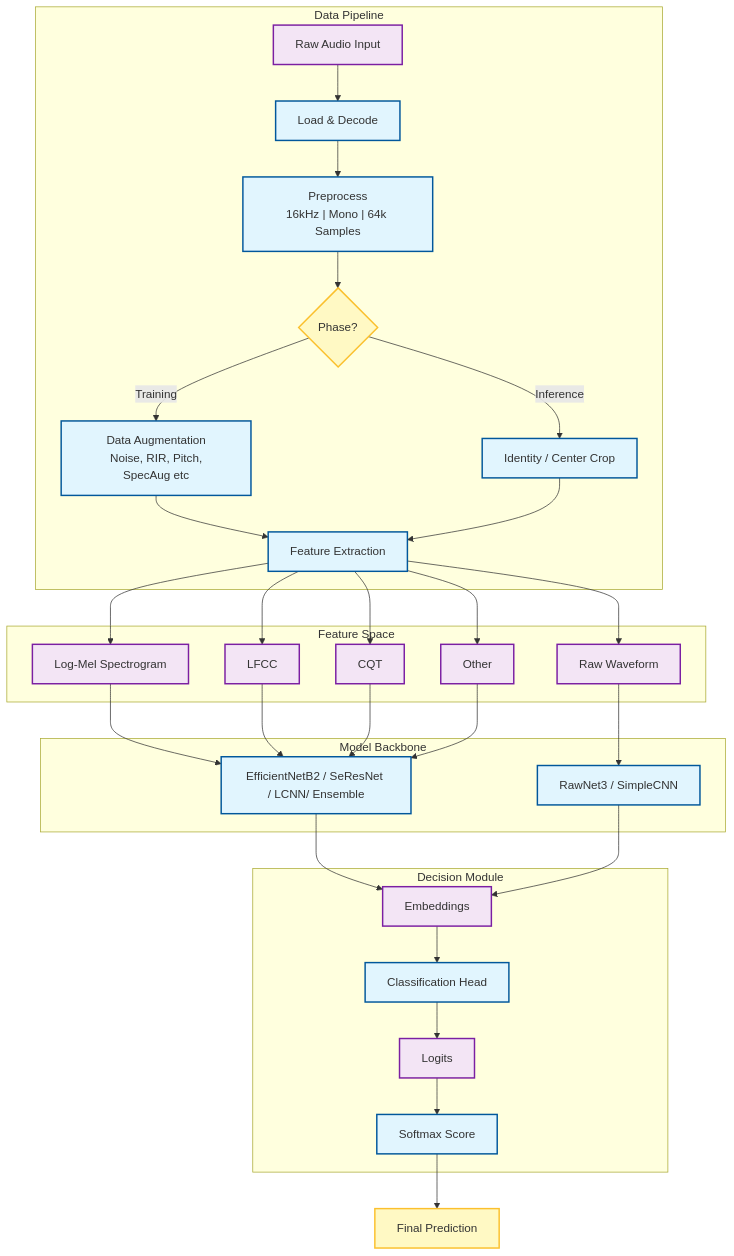
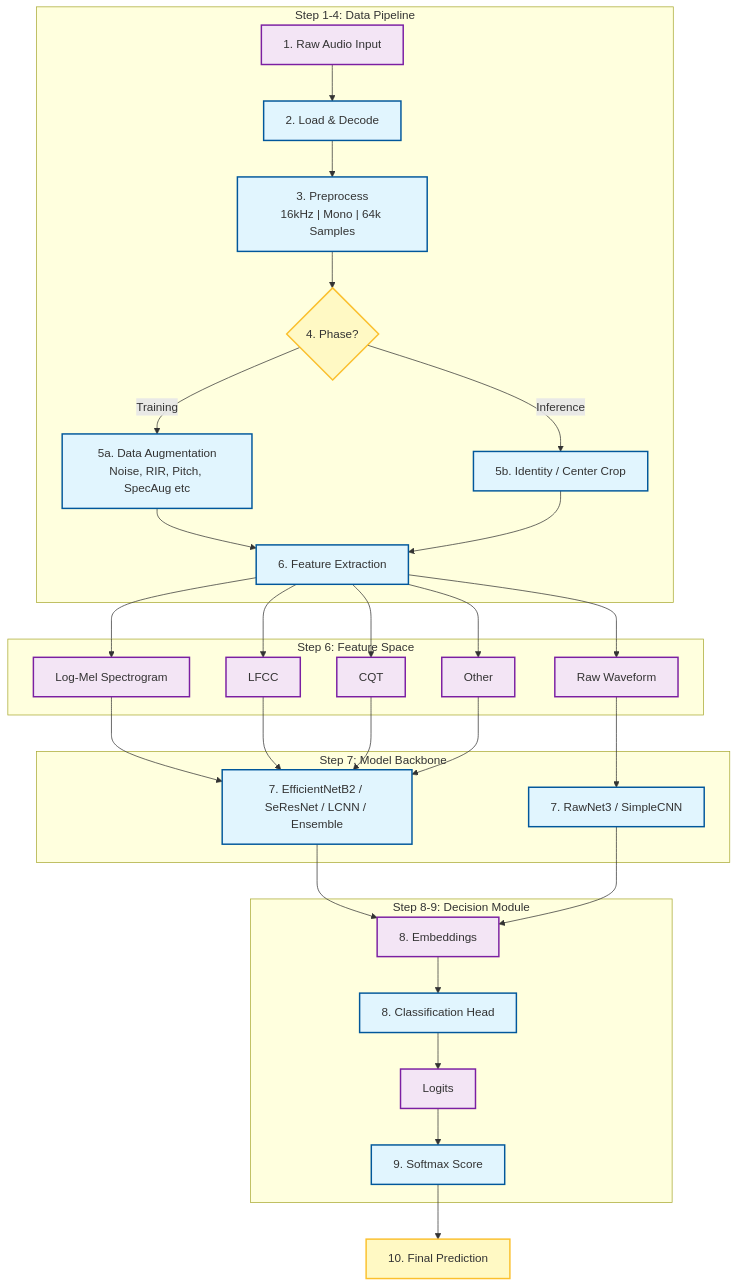
One commit to gkibria121/ai-voice-detector changed the second of 5 diagrams in docs/methodology.md. Above: the diagram before and after it, drawn with Mermaid. The commit also changed other lines of this file, not shown here.

Commit message:
docs: Revise methodology documentation with enhanced flowcharts and detailed section descriptions

````diff
--- a/docs/methodology.md
+++ b/docs/methodology.md
@@ -3,46 +78,45 @@
 ```mermaid
 graph TD
     %% System Architecture Diagram
     classDef process fill:#e1f5fe,stroke:#01579b,stroke-width:2px;
     classDef decision fill:#fff9c4,stroke:#fbc02d,stroke-width:2px;
     classDef storage fill:#f3e5f5,stroke:#7b1fa2,stroke-width:2px;
 
-    subgraph "Data Pipeline"
-        Input[Raw Audio Input]:::storage --> Load[Load & Decode]:::process
-        Load --> Norm["Preprocess</br>16kHz | Mono | 64k Samples"]:::process
-        Norm --> Split{Phase?}:::decision
-        
-        Split -- Training --> Aug[Data Augmentation</br> Noise, RIR, Pitch, SpecAug etc]:::process
-        Split -- Inference --> Clean[Identity / Center Crop]:::process
-        
-        Aug --> Feat[Feature Extraction]:::process
+    subgraph "Step 1-4: Data Pipeline"
+        Input["1. Raw Audio Input"]:::storage --> Load["2. Load & Decode"]:::process
+        Load --> Norm["3. Preprocess</br>16kHz | Mono | 64k Samples"]:::process
+        Norm --> Split{"4. Phase?"}:::decision
+
+        Split -- Training --> Aug["5a. Data Augmentation</br>Noise, RIR, Pitch, SpecAug etc"]:::process
+        Split -- Inference --> Clean["5b. Identity / Center Crop"]:::process
+
+        Aug --> Feat["6. Feature Extraction"]:::process
         Clean --> Feat
     end
 
-    subgraph "Feature Space"
-        Feat --> Mel[Log-Mel Spectrogram]:::storage
-        Feat --> LFCC[LFCC]:::storage
-        Feat --> CQT[CQT]:::storage
-        Feat --> OtherFeature[Other]:::storage
-        Feat --> Raw[Raw Waveform]:::storage
-     
+    subgraph "Step 6: Feature Space"
+        Feat --> Mel["Log-Mel Spectrogram"]:::storage
+        Feat --> LFCC["LFCC"]:::storage
+        Feat --> CQT["CQT"]:::storage
+        Feat --> OtherFeature["Other"]:::storage
+        Feat --> Raw["Raw Waveform"]:::storage
     end
 
-    subgraph "Model Backbone"
-        Mel --> CNN[EfficientNetB2 / SeResNet / LCNN/ Ensemble ]:::process
+    subgraph "Step 7: Model Backbone"
+        Mel --> CNN["7. EfficientNetB2 / SeResNet / LCNN / Ensemble"]:::process
         LFCC --> CNN
         CQT --> CNN
         OtherFeature --> CNN
-        Raw --> RawNet[RawNet3 / SimpleCNN]:::process
+        Raw --> RawNet["7. RawNet3 / SimpleCNN"]:::process
     end
 
-    subgraph "Decision Module"
-        CNN --> Emb[Embeddings]:::storage
+    subgraph "Step 8-9: Decision Module"
+        CNN --> Emb["8. Embeddings"]:::storage
         RawNet --> Emb
-        Emb --> Head[Classification Head]:::process
-        Head --> Logits[Logits]:::storage
-        Logits --> Softmax[Softmax Score]:::process
+        Emb --> Head["8. Classification Head"]:::process
+        Head --> Logits["Logits"]:::storage
+        Logits --> Softmax["9. Softmax Score"]:::process
     end
 
-    Softmax --> Output[Final Prediction]:::decision
+    Softmax --> Output["10. Final Prediction"]:::decision
 ```
````
